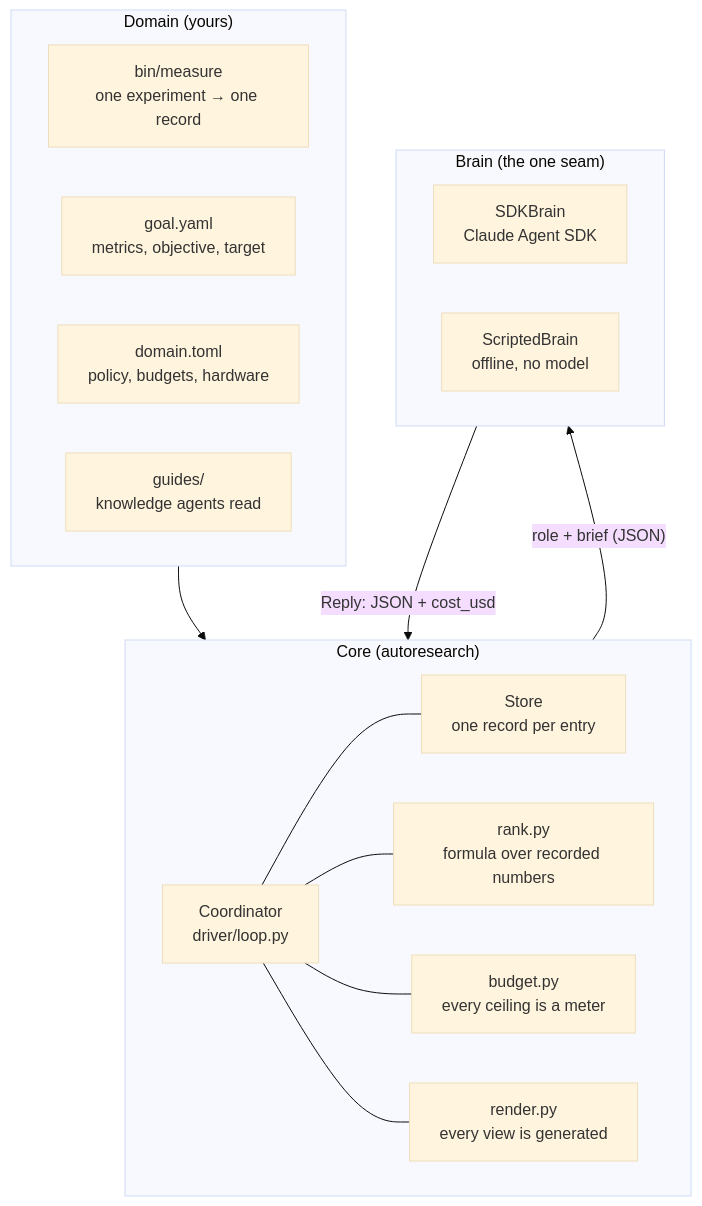
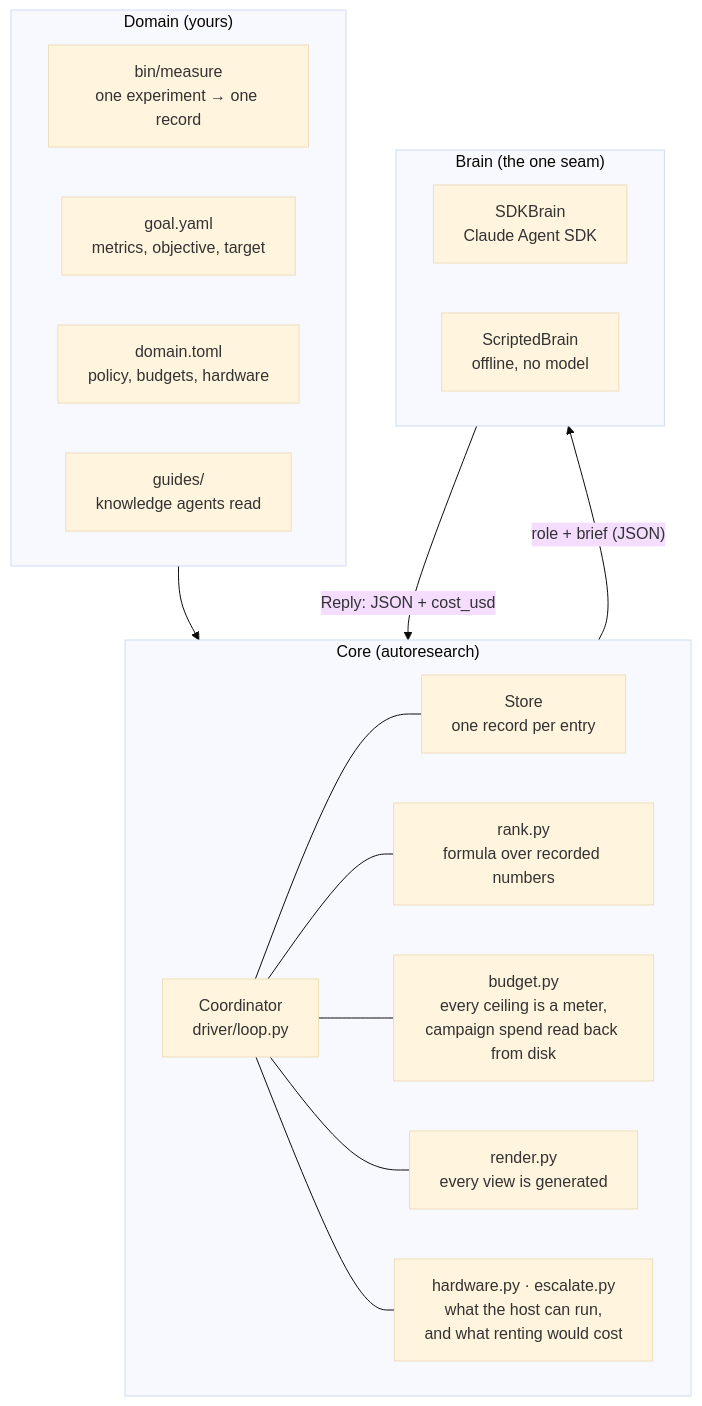
Before and after one commit to Ryun1/auto-research-toolkit: the first of 5 diagrams in docs/ARCHITECTURE.md, drawn with Mermaid (base theme). The commit also changed other lines of this file, not shown here.

First line of the commit message:
Architecture: catch the diagrams up to the two commits they predate

````diff
--- a/docs/ARCHITECTURE.md
+++ b/docs/ARCHITECTURE.md
@@ -17,33 +17,35 @@
 ```mermaid
 flowchart TB
     subgraph domain["Domain (yours)"]
         direction LR
         measure["bin/measure<br/>one experiment → one record"]
         goal["goal.yaml<br/>metrics, objective, target"]
         policy["domain.toml<br/>policy, budgets, hardware"]
         guides["guides/<br/>knowledge agents read"]
     end
 
     subgraph core["Core (autoresearch)"]
         direction LR
         coord["Coordinator<br/>driver/loop.py"]
         store["Store<br/>one record per entry"]
         rank["rank.py<br/>formula over recorded numbers"]
-        budget["budget.py<br/>every ceiling is a meter"]
+        budget["budget.py<br/>every ceiling is a meter,<br/>campaign spend read back from disk"]
         render["render.py<br/>every view is generated"]
+        hw["hardware.py · escalate.py<br/>what the host can run,<br/>and what renting would cost"]
     end
 
     subgraph brainlayer["Brain (the one seam)"]
         direction LR
         sdk["SDKBrain<br/>Claude Agent SDK"]
         scripted["ScriptedBrain<br/>offline, no model"]
     end
 
     domain --> core
     core -->|"role + brief (JSON)"| brainlayer
     brainlayer -->|"Reply: JSON + cost_usd"| core
     coord --- store
     coord --- rank
     coord --- budget
     coord --- render
+    coord --- hw
 ```
````
